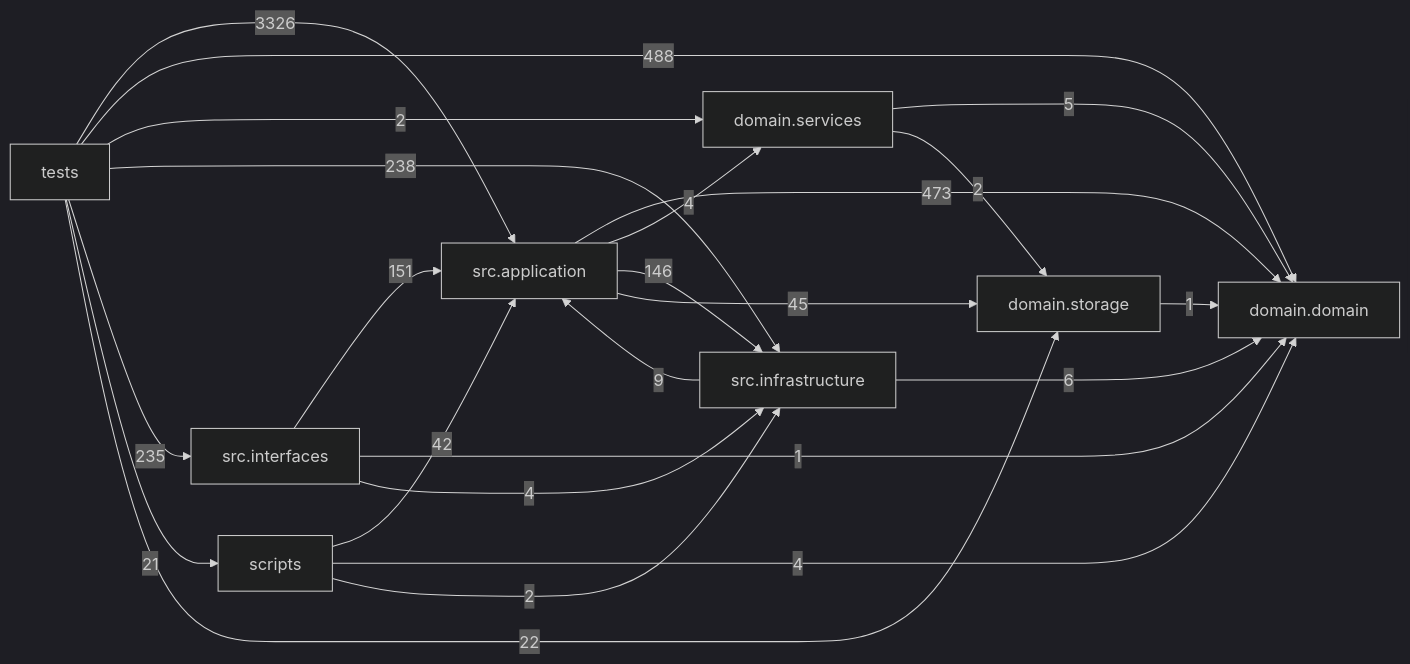
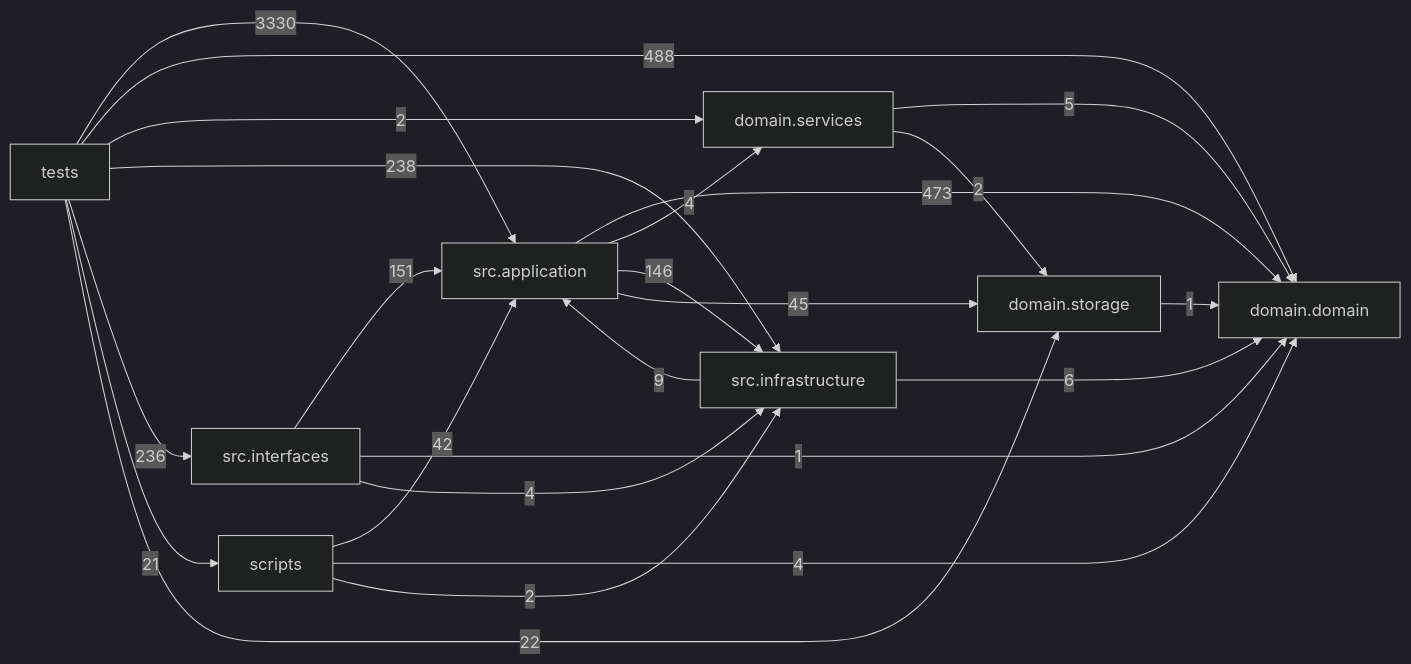
The diagram in docs/DEPENDENCY_GRAPH.md (liuxie066/options-monitor), drawn with Mermaid (dark theme) before and after one commit. The commit also changed other lines of this file and 6 other files, not shown here.

````diff
--- a/docs/DEPENDENCY_GRAPH.md
+++ b/docs/DEPENDENCY_GRAPH.md
@@ -24,33 +24,33 @@
 ```mermaid
 flowchart LR
   tests["tests"]
   scripts["scripts"]
   interfaces["src.interfaces"]
   application["src.application"]
   infrastructure["src.infrastructure"]
   domain_services["domain.services"]
   domain["domain.domain"]
   storage["domain.storage"]
   application -->|473| domain
   application -->|4| domain_services
   application -->|146| infrastructure
   application -->|45| storage
   domain_services -->|5| domain
   domain_services -->|2| storage
   infrastructure -->|9| application
   infrastructure -->|6| domain
   interfaces -->|151| application
   interfaces -->|1| domain
   interfaces -->|4| infrastructure
   scripts -->|42| application
   scripts -->|4| domain
   scripts -->|2| infrastructure
   storage -->|1| domain
-  tests -->|3326| application
+  tests -->|3330| application
   tests -->|488| domain
   tests -->|2| domain_services
   tests -->|238| infrastructure
-  tests -->|235| interfaces
+  tests -->|236| interfaces
   tests -->|21| scripts
   tests -->|22| storage
 ```
````
